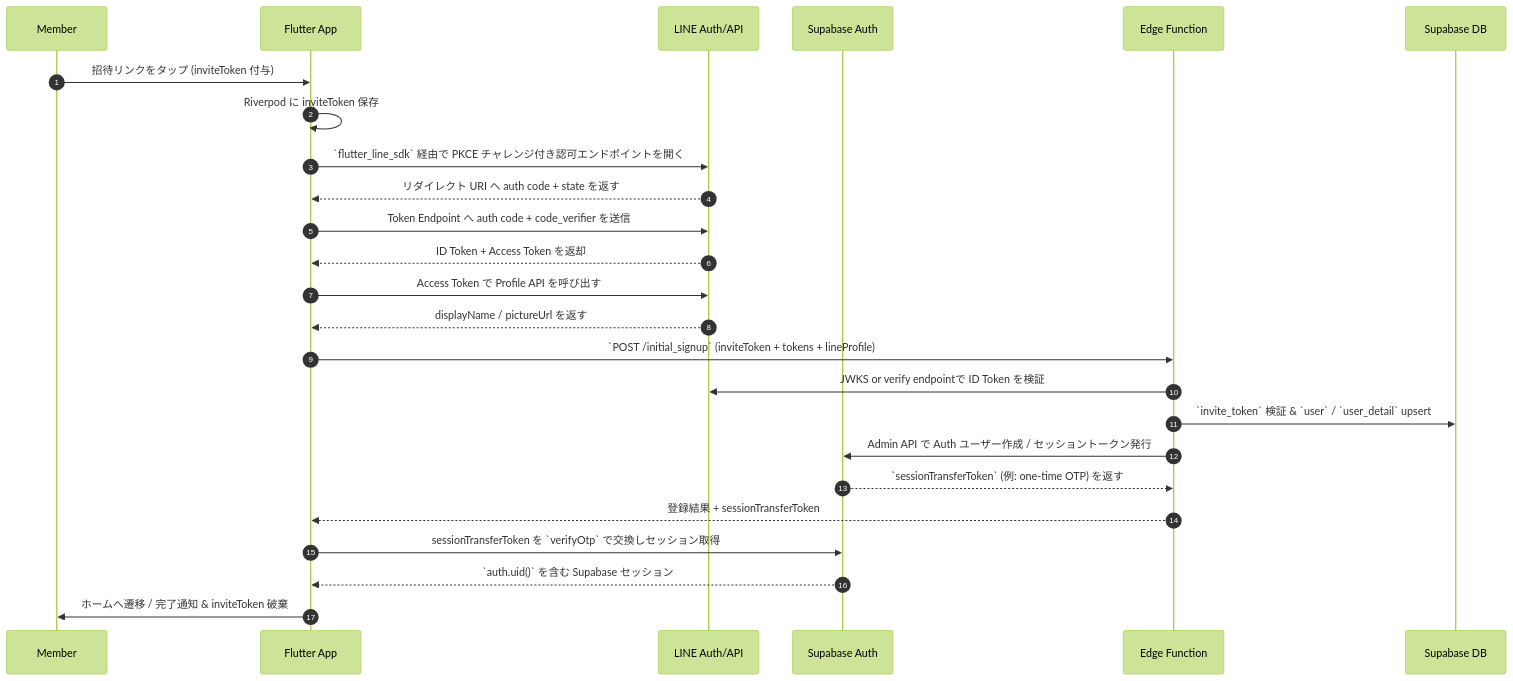
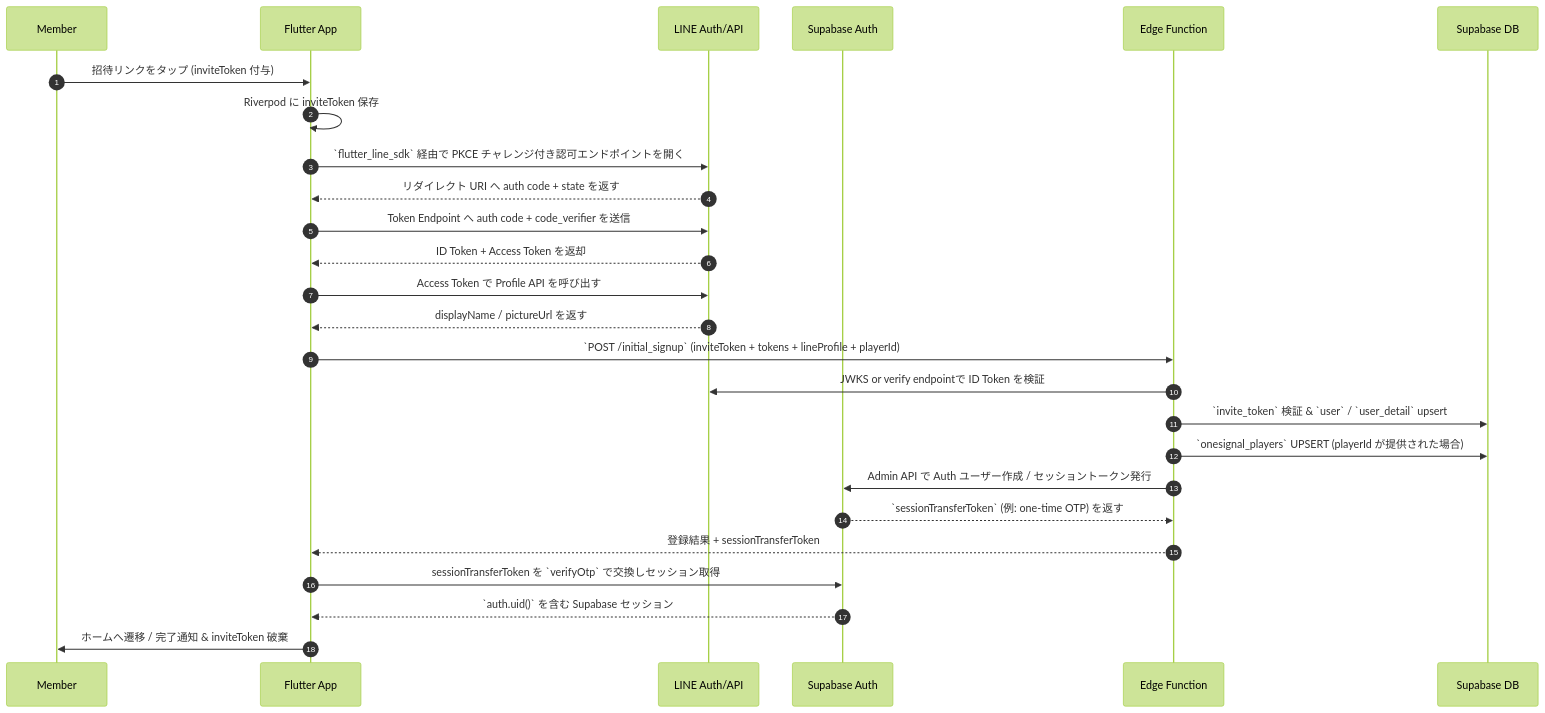
Before and after one commit to kerokerotur/banars-app: the diagram in docs/DESIGN_DOCS/auth/initial_signup.md, drawn with Mermaid (forest theme). The commit also changed other lines of this file and 4 other files, not shown here.

````diff
--- a/docs/DESIGN_DOCS/auth/initial_signup.md
+++ b/docs/DESIGN_DOCS/auth/initial_signup.md
@@ -4,28 +4,29 @@
 ```mermaid
 sequenceDiagram
     autonumber
     participant Member
     participant App as Flutter App
     participant LINE as LINE Auth/API
     participant Supabase as Supabase Auth
     participant Edge as Edge Function
     participant DB as Supabase DB
 
     Member->>App: 招待リンクをタップ (inviteToken 付与)
     App->>App: Riverpod に inviteToken 保存
     App->>LINE: `flutter_line_sdk` 経由で PKCE チャレンジ付き認可エンドポイントを開く
     LINE-->>App: リダイレクト URI へ auth code + state を返す
     App->>LINE: Token Endpoint へ auth code + code_verifier を送信
     LINE-->>App: ID Token + Access Token を返却
     App->>LINE: Access Token で Profile API を呼び出す
     LINE-->>App: displayName / pictureUrl を返す
-    App->>Edge: `POST /initial_signup` (inviteToken + tokens + lineProfile)
+    App->>Edge: `POST /initial_signup` (inviteToken + tokens + lineProfile + playerId)
     Edge->>LINE: JWKS or verify endpointで ID Token を検証
     Edge->>DB: `invite_token` 検証 & `user` / `user_detail` upsert
+    Edge->>DB: `onesignal_players` UPSERT (playerId が提供された場合)
     Edge->>Supabase: Admin API で Auth ユーザー作成 / セッショントークン発行
     Supabase-->>Edge: `sessionTransferToken` (例: one-time OTP) を返す
     Edge-->>App: 登録結果 + sessionTransferToken
     App->>Supabase: sessionTransferToken を `verifyOtp` で交換しセッション取得
     Supabase-->>App: `auth.uid()` を含む Supabase セッション
     App->>Member: ホームへ遷移 / 完了通知 & inviteToken 破棄
 ```
````
